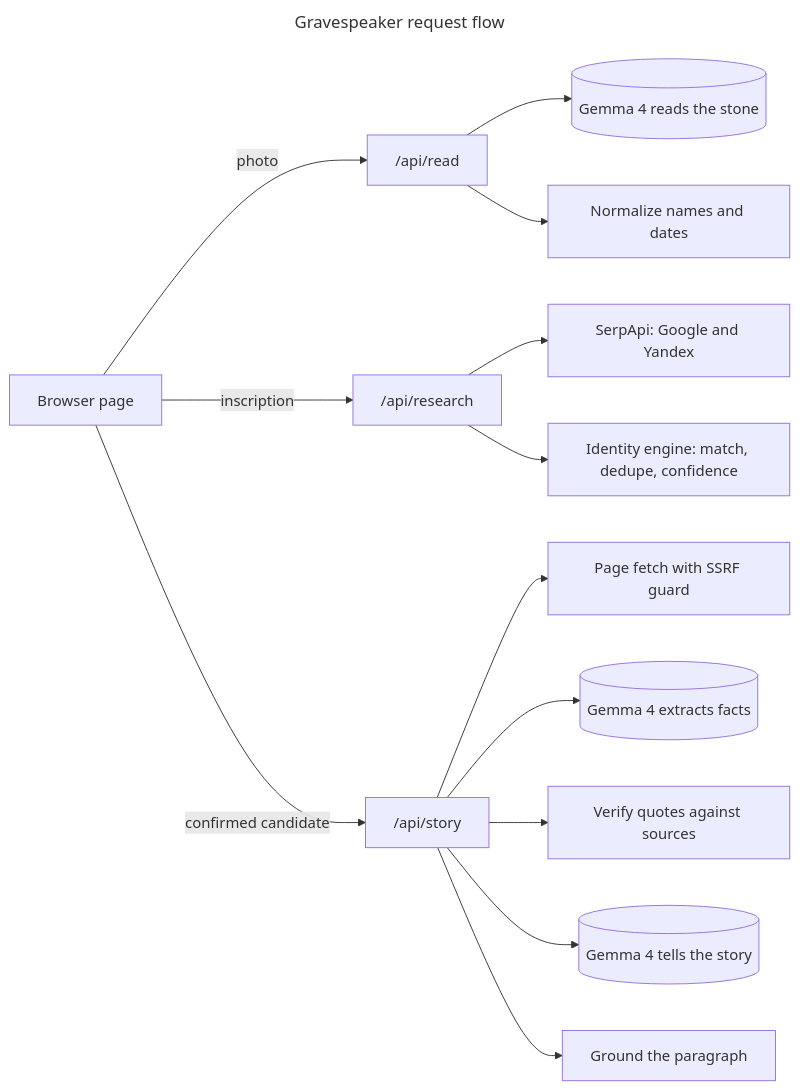
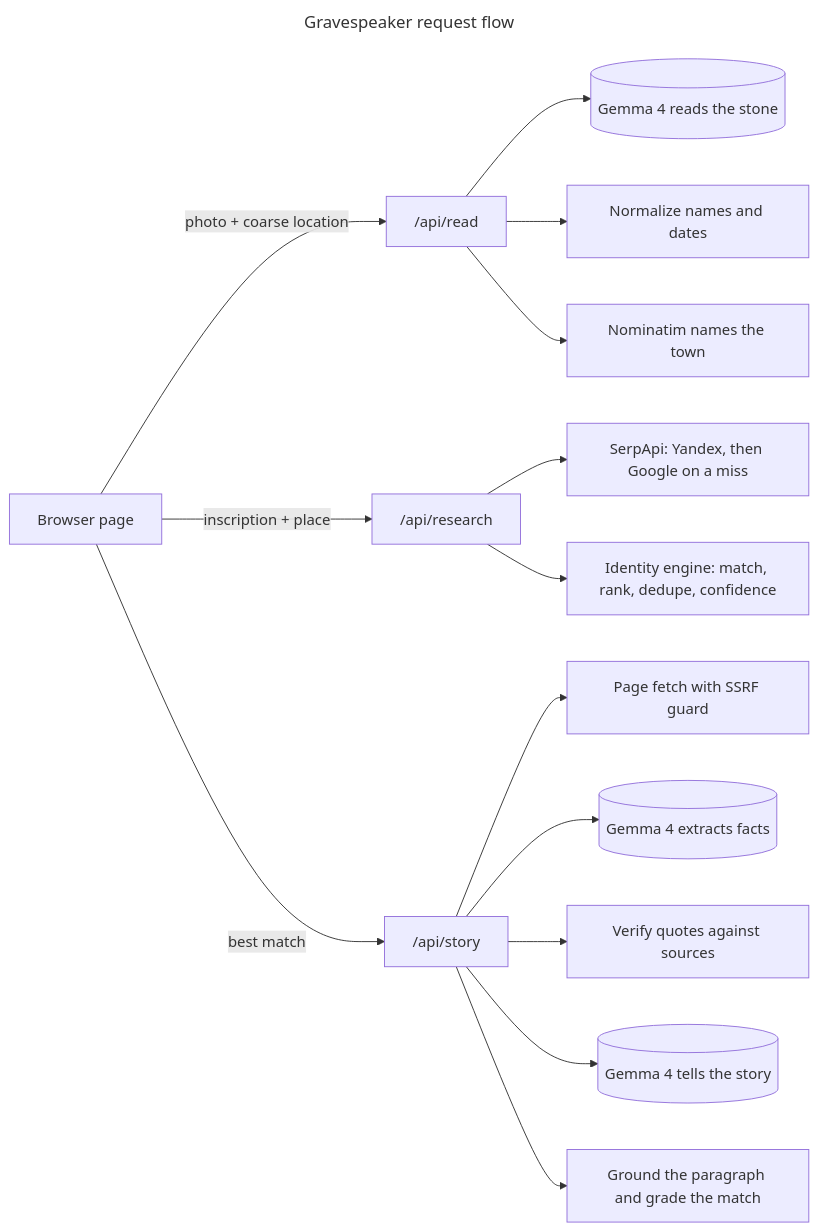
One commit to anchildress1/gravespeaker changed the diagram in README.md. Above: the diagram before and after it, drawn with Mermaid. The commit also changed other lines of this file and 1 other file, not shown here.

First line of the commit message:
docs: write up the search benchmark and the stricter identity rules

````diff
--- a/README.md
+++ b/README.md
@@ -72,26 +75,27 @@
 ```mermaid
 ---
 title: Gravespeaker request flow
 config:
   theme: default
 ---
 flowchart LR
   accTitle: Gravespeaker request flow
-  accDescr: The browser calls three stateless endpoints. Research uses search and a deterministic identity engine. Story fetches pages, extracts and verifies facts, tells the story and grounds it. The model is called only to read, extract and tell.
+  accDescr: The browser calls three stateless endpoints. Read names the place from the visitor's location or photo GPS. Research uses search and a deterministic identity engine and picks the best match. Story fetches pages, extracts and verifies facts, tells the story, grounds it and grades the match. The model is called only to read, extract and tell.
 
-  B[Browser page] -->|photo| R["/api/read"]
-  B -->|inscription| S["/api/research"]
-  B -->|confirmed candidate| T["/api/story"]
+  B[Browser page] -->|photo + coarse location| R["/api/read"]
+  B -->|inscription + place| S["/api/research"]
+  B -->|best match| T["/api/story"]
 
   R --> M1[(Gemma 4 reads the stone)]
   R --> N[Normalize names and dates]
+  R --> O[Nominatim names the town]
 
-  S --> G[SerpApi: Google and Yandex]
-  S --> I[Identity engine: match, dedupe, confidence]
+  S --> G[SerpApi: Yandex, then Google on a miss]
+  S --> I[Identity engine: match, rank, dedupe, confidence]
 
   T --> P[Page fetch with SSRF guard]
   T --> X[(Gemma 4 extracts facts)]
   T --> V[Verify quotes against sources]
   T --> Y[(Gemma 4 tells the story)]
-  T --> Q[Ground the paragraph]
+  T --> Q[Ground the paragraph and grade the match]
 ```
````
